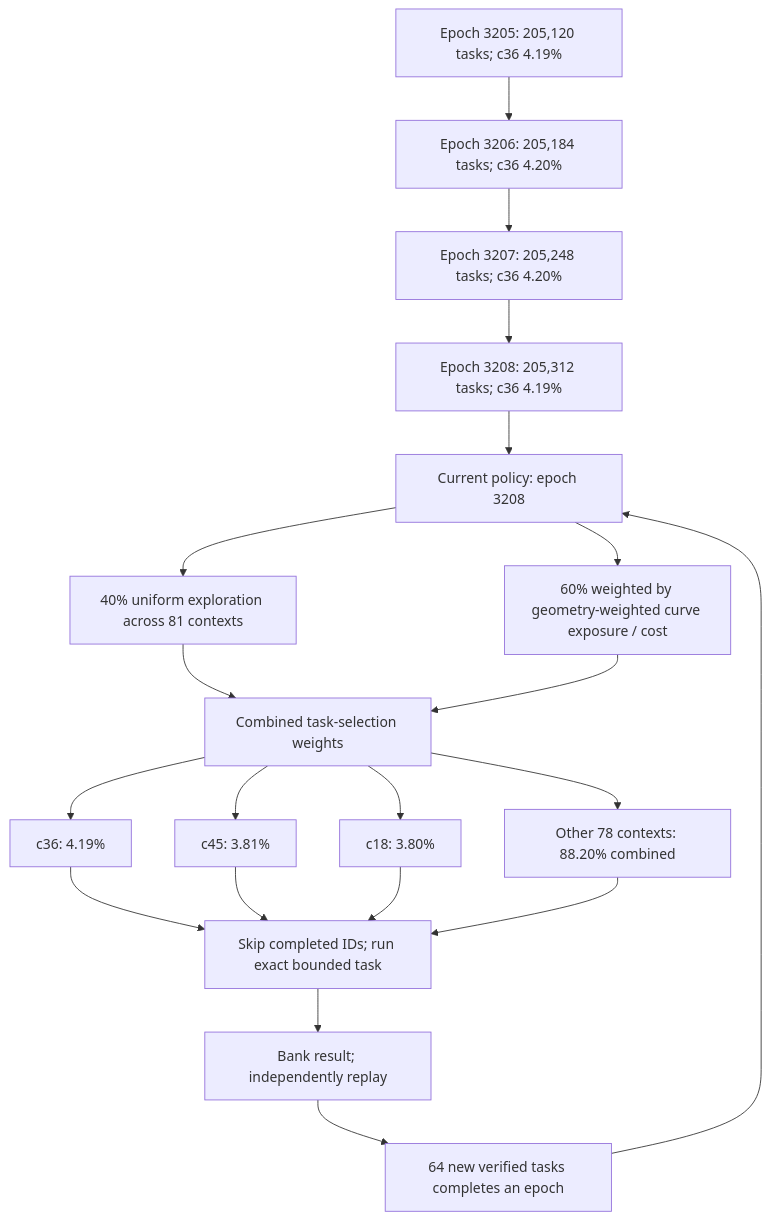
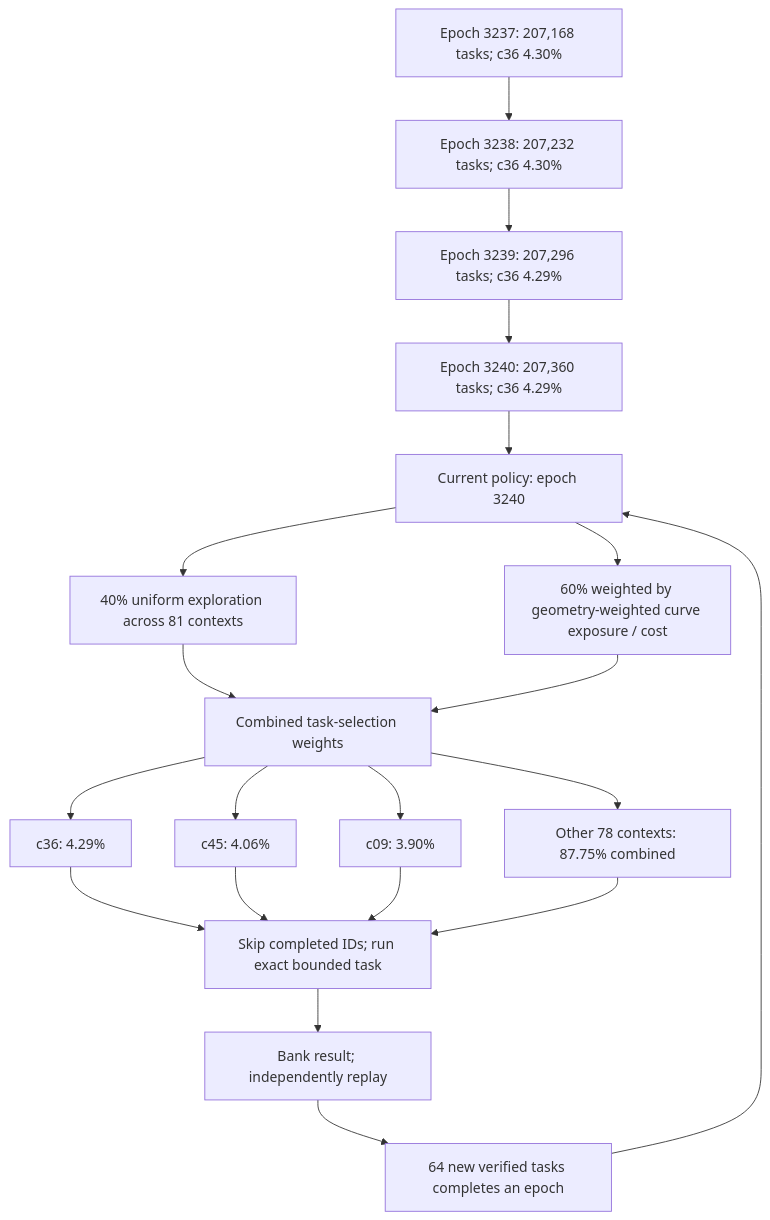
Before and after one commit to Kuberwastaken/math-gambling: the first of 3 diagrams in README.md, drawn with Mermaid. The commit also changed other lines of this file and 4082 other files, not shown here.

````diff
--- a/README.md
+++ b/README.md
@@ -60,27 +60,27 @@
 ```mermaid
 flowchart TD
-    H0["Epoch 3205: 205,120 tasks; c36 4.19%"]
-    H1["Epoch 3206: 205,184 tasks; c36 4.20%"]
+    H0["Epoch 3237: 207,168 tasks; c36 4.30%"]
+    H1["Epoch 3238: 207,232 tasks; c36 4.30%"]
     H0 --> H1
-    H2["Epoch 3207: 205,248 tasks; c36 4.20%"]
+    H2["Epoch 3239: 207,296 tasks; c36 4.29%"]
     H1 --> H2
-    H3["Epoch 3208: 205,312 tasks; c36 4.19%"]
+    H3["Epoch 3240: 207,360 tasks; c36 4.29%"]
     H2 --> H3
-    Policy["Current policy: epoch 3208"]
+    Policy["Current policy: epoch 3240"]
     H3 --> Policy
     Policy --> Explore["40% uniform exploration across 81 contexts"]
     Policy --> Cost["60% weighted by geometry-weighted curve exposure / cost"]
     Explore --> Mix["Combined task-selection weights"]
     Cost --> Mix
-    Mix --> C0["c36: 4.19%"]
-    Mix --> C1["c45: 3.81%"]
-    Mix --> C2["c18: 3.80%"]
-    Mix --> Rest["Other 78 contexts: 88.20% combined"]
+    Mix --> C0["c36: 4.29%"]
+    Mix --> C1["c45: 4.06%"]
+    Mix --> C2["c09: 3.90%"]
+    Mix --> Rest["Other 78 contexts: 87.75% combined"]
     C0 --> Check["Skip completed IDs; run exact bounded task"]
     C1 --> Check
     C2 --> Check
     Rest --> Check
     Check --> Replay["Bank result; independently replay"]
     Replay --> Gate["64 new verified tasks completes an epoch"]
     Gate --> Policy
 ```
````
